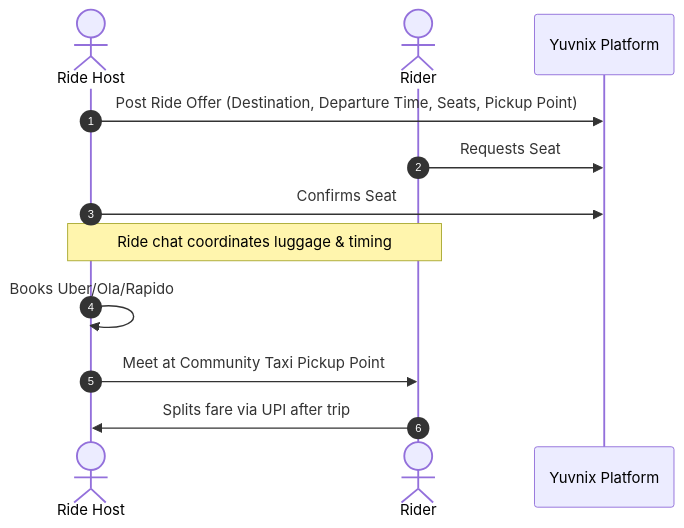
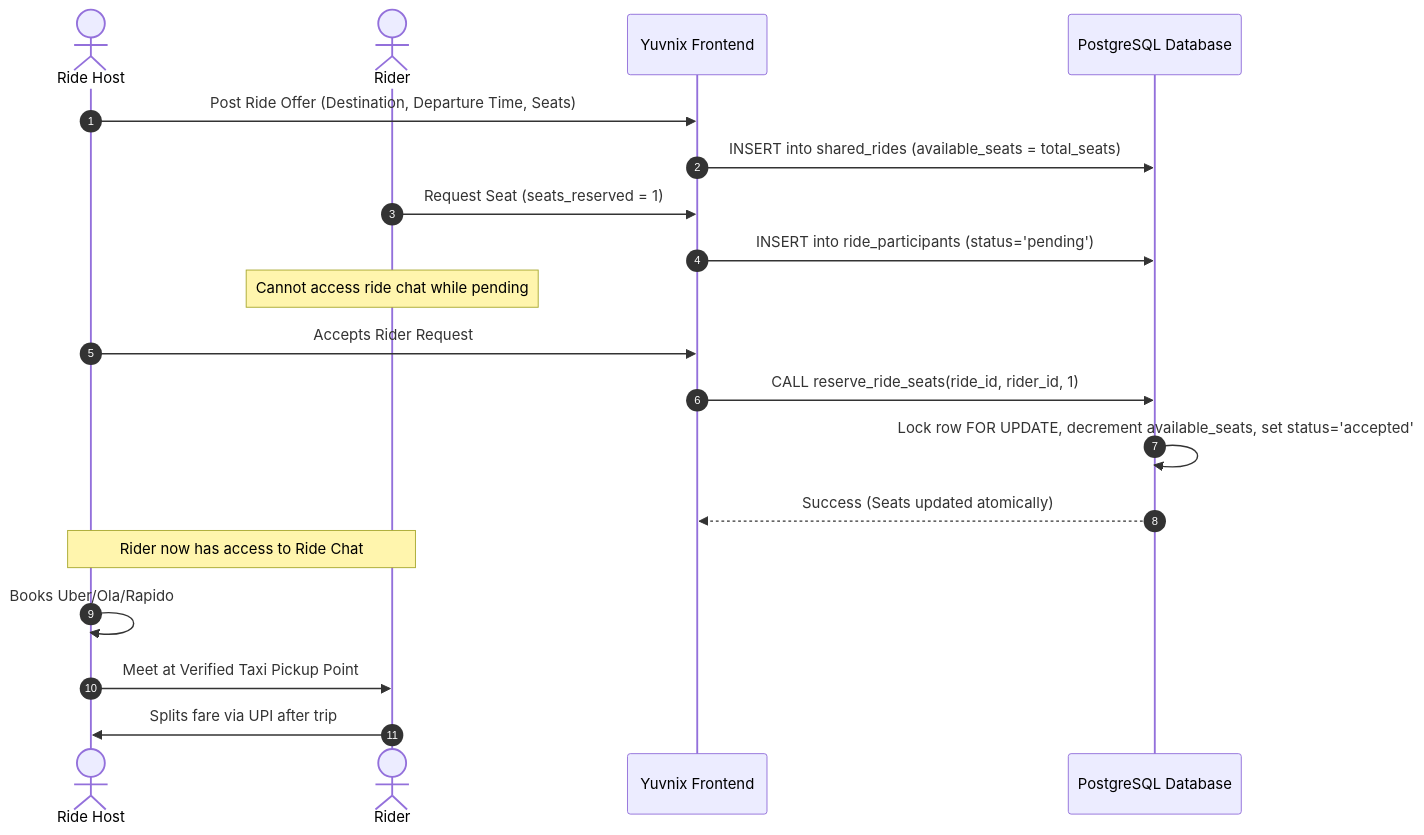
One commit to savanmalani12-sketch/Yuvnix changed the third of 3 diagrams in docs/PRODUCT_SPEC.md. Above: the diagram before and after it, drawn with Mermaid. The commit also changed other lines of this file and 1 other file, not shown here.

Commit message:
docs: sync updated architecture and product spec documentation

````diff
--- a/docs/PRODUCT_SPEC.md
+++ b/docs/PRODUCT_SPEC.md
@@ -121,15 +145,22 @@
 ```mermaid
 sequenceDiagram
     autonumber
     actor Host as Ride Host
     actor Rider as Rider
-    participant App as Yuvnix Platform
+    participant App as Yuvnix Frontend
+    participant DB as PostgreSQL Database
     
-    Host->>App: Post Ride Offer (Destination, Departure Time, Seats, Pickup Point)
-    Rider->>App: Requests Seat
-    Host->>App: Confirms Seat
-    Note over Host,Rider: Ride chat coordinates luggage & timing
+    Host->>App: Post Ride Offer (Destination, Departure Time, Seats)
+    App->>DB: INSERT into shared_rides (available_seats = total_seats)
+    Rider->>App: Request Seat (seats_reserved = 1)
+    App->>DB: INSERT into ride_participants (status='pending')
+    Note over Rider: Cannot access ride chat while pending
+    Host->>App: Accepts Rider Request
+    App->>DB: CALL reserve_ride_seats(ride_id, rider_id, 1)
+    DB->>DB: Lock row FOR UPDATE, decrement available_seats, set status='accepted'
+    DB-->>App: Success (Seats updated atomically)
+    Note over Host,Rider: Rider now has access to Ride Chat
     Host->>Host: Books Uber/Ola/Rapido
-    Host->>Rider: Meet at Community Taxi Pickup Point
+    Host->>Rider: Meet at Verified Taxi Pickup Point
     Rider->>Host: Splits fare via UPI after trip
 ```
````
